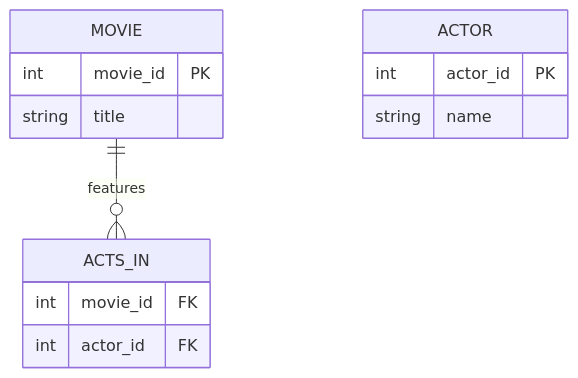
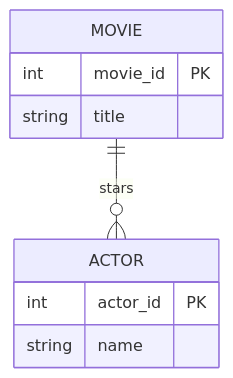
One commit to DagimAlemayehuu/Ater changed the second of 2 diagrams in Obsidian_Vault/2-Academic/Autumn 2025/Database_Systems/3_Relational_Model_And_Database_Design/Relationship_Types.md. Above: the diagram before and after it, drawn with Mermaid. The commit also changed other lines of this file and 41 other files, not shown here.

````diff
--- a/Obsidian_Vault/2-Academic/Autumn 2025/Database_Systems/3_Relational_Model_And_Database_Design/Relationship_Types.md
+++ b/Obsidian_Vault/2-Academic/Autumn 2025/Database_Systems/3_Relational_Model_And_Database_Design/Relationship_Types.md
@@ -50,16 +47,12 @@
 ```mermaid
 erDiagram
-    MOVIE ||--o{ ACTS_IN : features
+    MOVIE ||--o{ ACTOR : stars
     MOVIE {
         int movie_id PK
         string title
     }
     ACTOR {
         int actor_id PK
         string name
     }
-    ACTS_IN {
-        int movie_id FK
-        int actor_id FK
-    }
 ```
````
